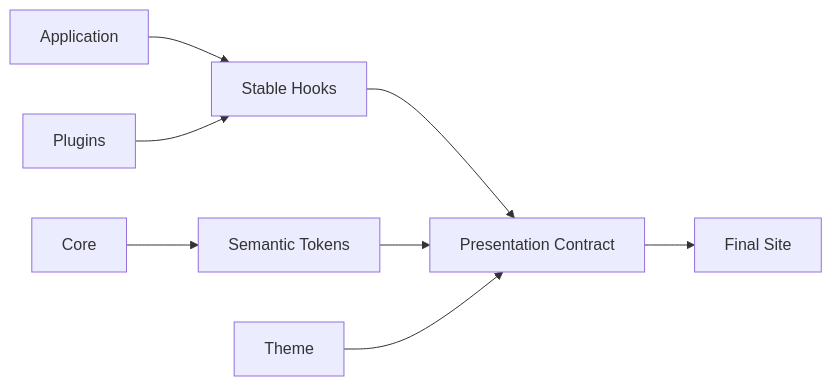
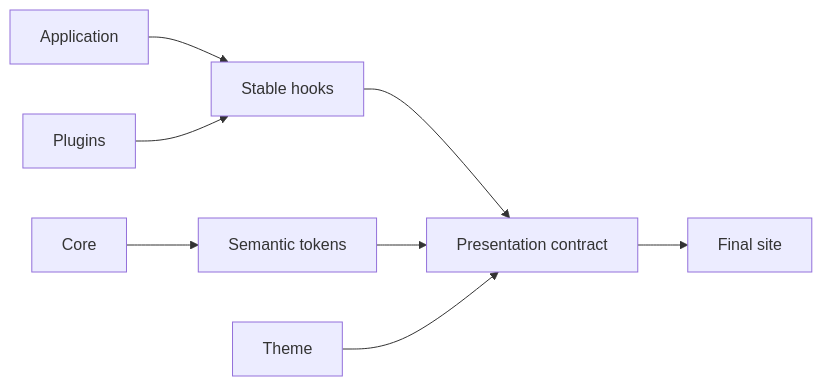
The tenth of 10 diagrams in docs/docs/reference/theme-api.md (Rerurate514/riebeckite), drawn with Mermaid before and after one commit. The commit also changed other lines of this file and 604 other files, not shown here.

````diff
--- a/docs/docs/reference/theme-api.md
+++ b/docs/docs/reference/theme-api.md
@@ -1028,17 +642,17 @@
-```mermaid id="2hw1zc"
+```mermaid
 flowchart LR
     App["Application"]
     Plugins["Plugins"]
 
-    App --> Hooks["Stable Hooks"]
+    App --> Hooks["Stable hooks"]
     Plugins --> Hooks
 
-    Core["Core"] --> Tokens["Semantic Tokens"]
+    Core["Core"] --> Tokens["Semantic tokens"]
 
-    Hooks --> Presentation["Presentation Contract"]
+    Hooks --> Presentation["Presentation contract"]
     Tokens --> Presentation
 
     Theme["Theme"] --> Presentation
 
-    Presentation --> Site["Final Site"]
+    Presentation --> Site["Final site"]
 ```
````
